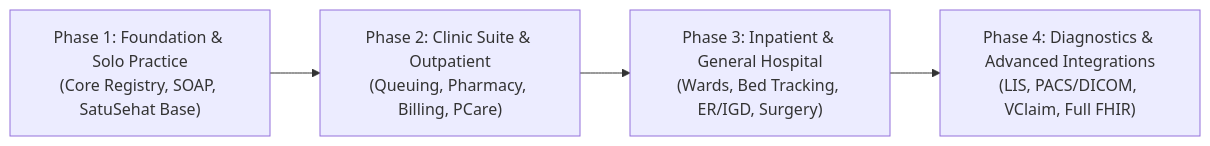
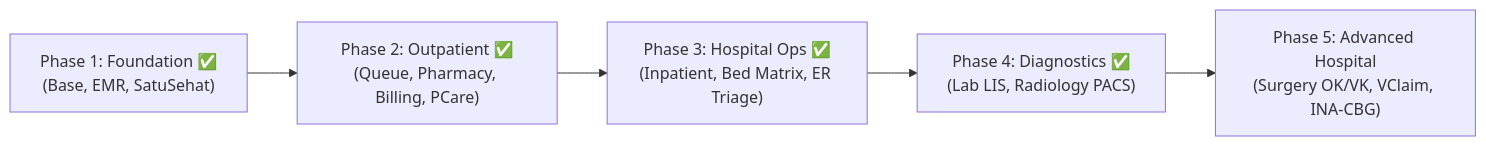
One commit to Mango-Teknusa-Inovasi/odoo-health-suite changed the second of 2 diagrams in README.md. Above: the diagram before and after it, drawn with Mermaid. The commit also changed other lines of this file and 11 other files, not shown here.

````diff
--- a/README.md
+++ b/README.md
@@ -47,9 +94,7 @@
 ```mermaid
 flowchart LR
-    P1["Phase 1: Foundation & Solo Practice<br/>(Core Registry, SOAP, SatuSehat Base)"]
-    P2["Phase 2: Clinic Suite & Outpatient<br/>(Queuing, Pharmacy, Billing, PCare)"]
-    P3["Phase 3: Inpatient & General Hospital<br/>(Wards, Bed Tracking, ER/IGD, Surgery)"]
-    P4["Phase 4: Diagnostics & Advanced Integrations<br/>(LIS, PACS/DICOM, VClaim, Full FHIR)"]
-
-    P1 --> P2 --> P3 --> P4
+    P1["Phase 1: Foundation ✅<br/>(Base, EMR, SatuSehat)"] --> P2["Phase 2: Outpatient ✅<br/>(Queue, Pharmacy, Billing, PCare)"]
+    P2 --> P3["Phase 3: Hospital Ops ✅<br/>(Inpatient, Bed Matrix, ER Triage)"]
+    P3 --> P4["Phase 4: Diagnostics ✅<br/>(Lab LIS, Radiology PACS)"]
+    P4 --> P5["Phase 5: Advanced Hospital<br/>(Surgery OK/VK, VClaim, INA-CBG)"]
 ```
````
